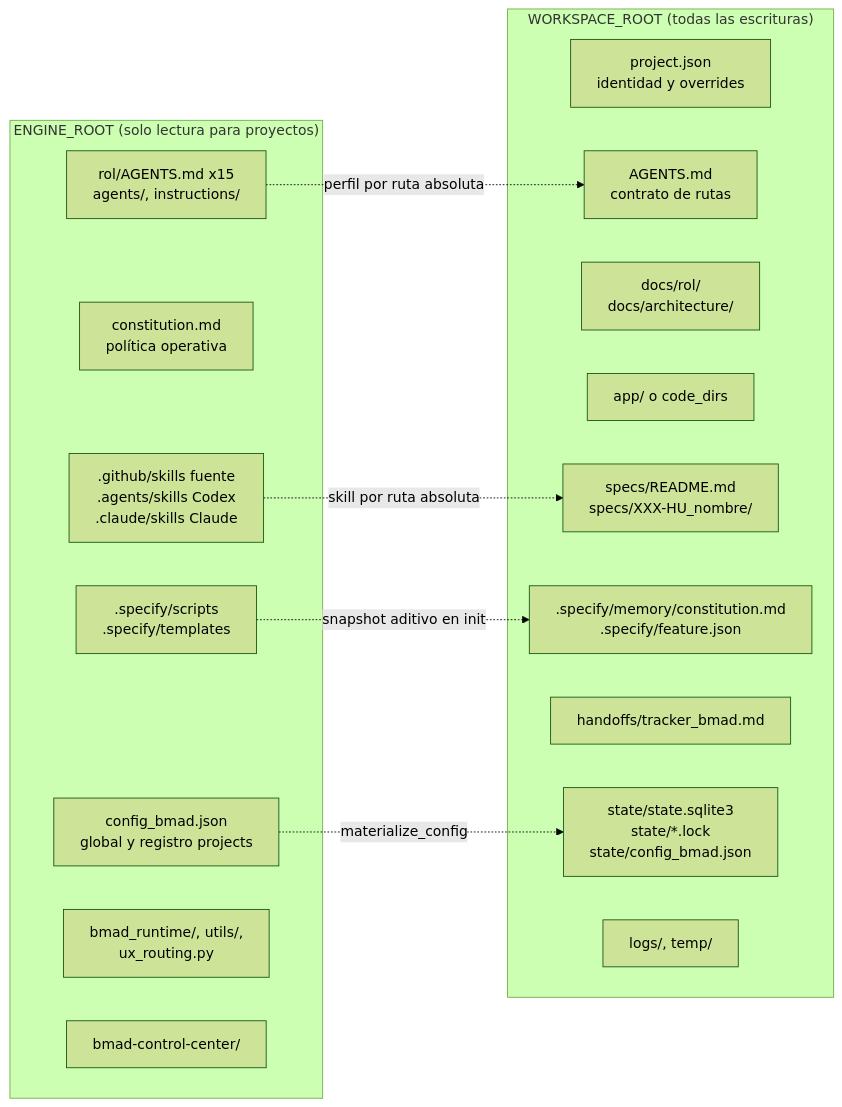
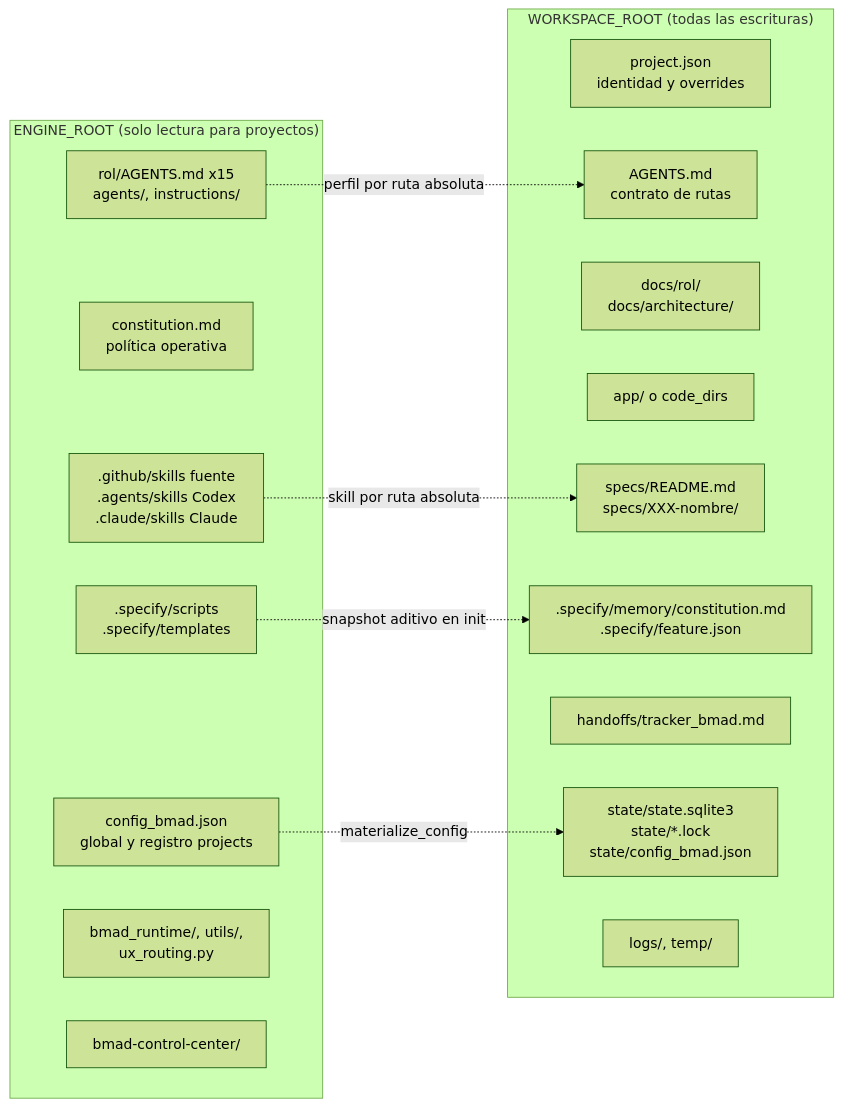
Before and after one commit to pauloravicaceres/template-bmad: the third of 21 diagrams in ARCHITECTURE.md, drawn with Mermaid (forest theme). The commit also changed other lines of this file and 39 other files, not shown here.

````diff
--- a/ARCHITECTURE.md
+++ b/ARCHITECTURE.md
@@ -140,27 +152,27 @@
 ```mermaid
 flowchart LR
     subgraph E["ENGINE_ROOT (solo lectura para proyectos)"]
         E1["config_bmad.json<br/>global y registro projects"]
         E2["constitution.md<br/>política operativa"]
         E3["rol/AGENTS.md x15<br/>agents/, instructions/"]
         E4[".github/skills fuente<br/>.agents/skills Codex<br/>.claude/skills Claude"]
         E5[".specify/scripts<br/>.specify/templates"]
         E6["bmad_runtime/, utils/,<br/>ux_routing.py"]
         E7["bmad-control-center/"]
     end
     subgraph W["WORKSPACE_ROOT (todas las escrituras)"]
         W1["project.json<br/>identidad y overrides"]
         W2["AGENTS.md<br/>contrato de rutas"]
         W3["docs/rol/<br/>docs/architecture/"]
         W4["app/ o code_dirs"]
-        W5["specs/README.md<br/>specs/XXX-HU_nombre/"]
+        W5["specs/README.md<br/>specs/XXX-nombre/"]
         W6[".specify/memory/constitution.md<br/>.specify/feature.json"]
         W7["handoffs/tracker_bmad.md"]
         W8["state/state.sqlite3<br/>state/*.lock<br/>state/config_bmad.json"]
         W9["logs/, temp/"]
     end
     E3 -.->|"perfil por ruta absoluta"| W2
     E4 -.->|"skill por ruta absoluta"| W5
     E5 -.->|"snapshot aditivo en init"| W6
     E1 -.->|"materialize_config"| W8
 ```
````
